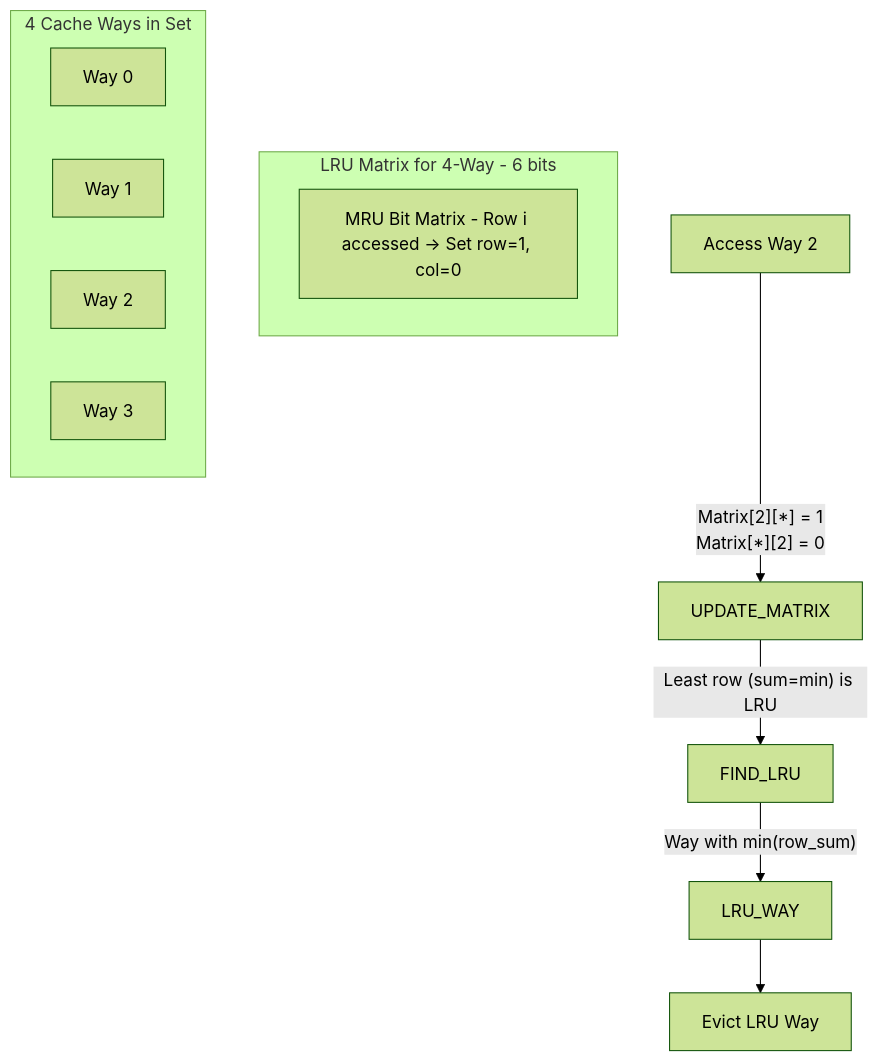
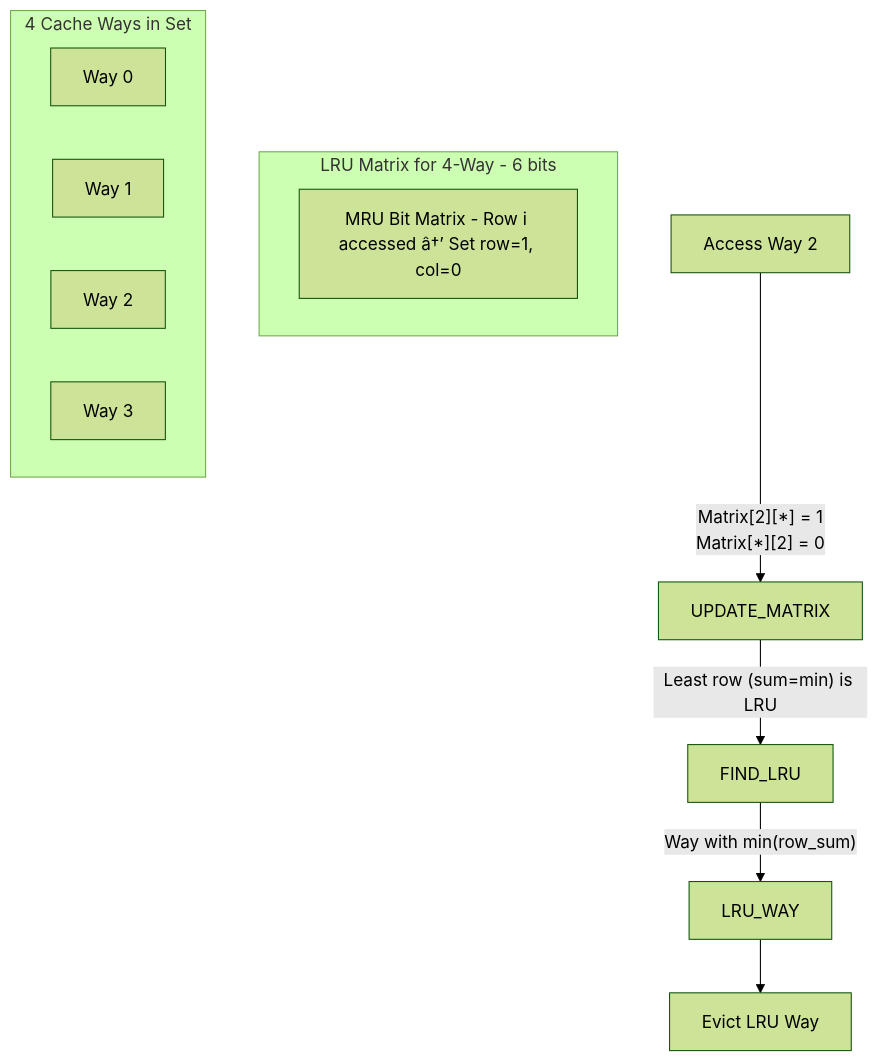
The seventh of 8 diagrams in docs/courses/computer-architecture/03-memory-hierarchy.md (Raushan666java/ai-engineering-journey), drawn with Mermaid (forest theme) before and after one commit. The commit also changed other lines of this file and 735 other files, not shown here.

````diff
--- a/docs/courses/computer-architecture/03-memory-hierarchy.md
+++ b/docs/courses/computer-architecture/03-memory-hierarchy.md
@@ -1045,16 +1045,16 @@
 ```mermaid
 flowchart TD
     subgraph Matrix[LRU Matrix for 4-Way - 6 bits]
-        M[MRU Bit Matrix - Row i accessed → Set row=1, col=0]
+        M[MRU Bit Matrix - Row i accessed â†’ Set row=1, col=0]
     end
     subgraph Ways[4 Cache Ways in Set]
         W0[Way 0]
         W1[Way 1]
         W2[Way 2]
         W3[Way 3]
     end
     ACCESS[Access Way 2] -->|"Matrix[2][*] = 1<br/>Matrix[*][2] = 0"| UPDATE_MATRIX
     UPDATE_MATRIX -->|"Least row (sum=min) is LRU"| FIND_LRU
     FIND_LRU -->|"Way with min(row_sum)"| LRU_WAY
     LRU_WAY --> EVICT_WAY[Evict LRU Way]
 ```
````
